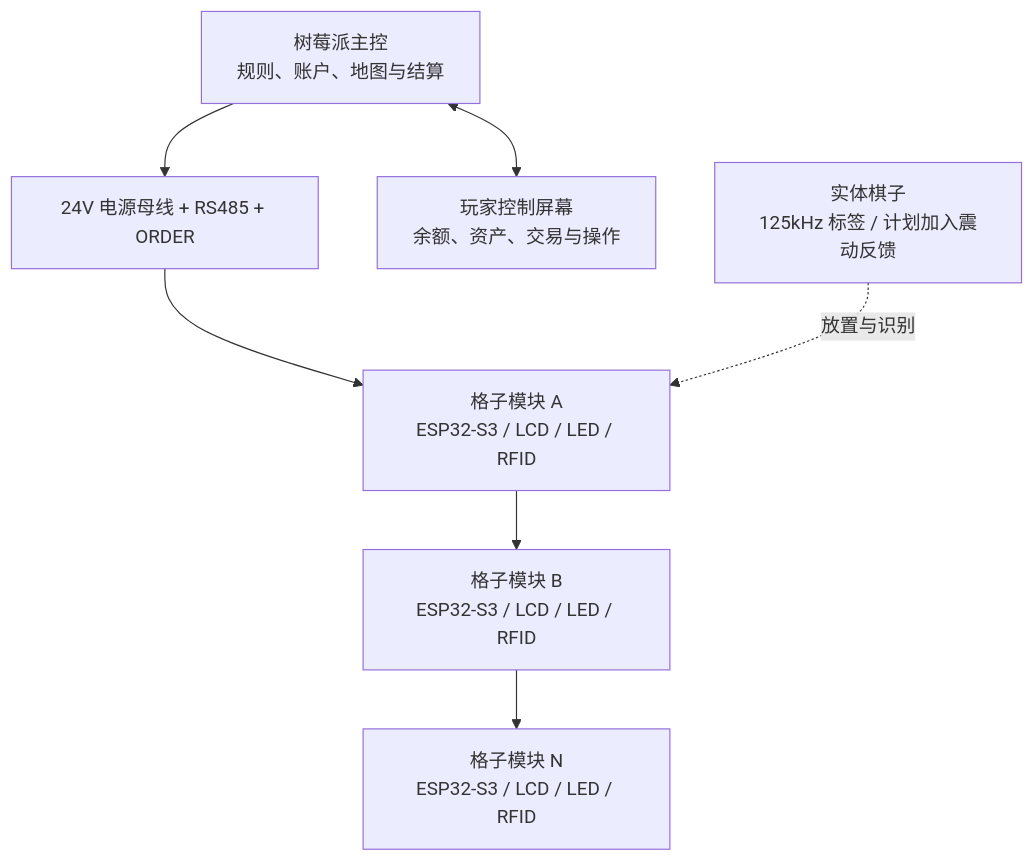
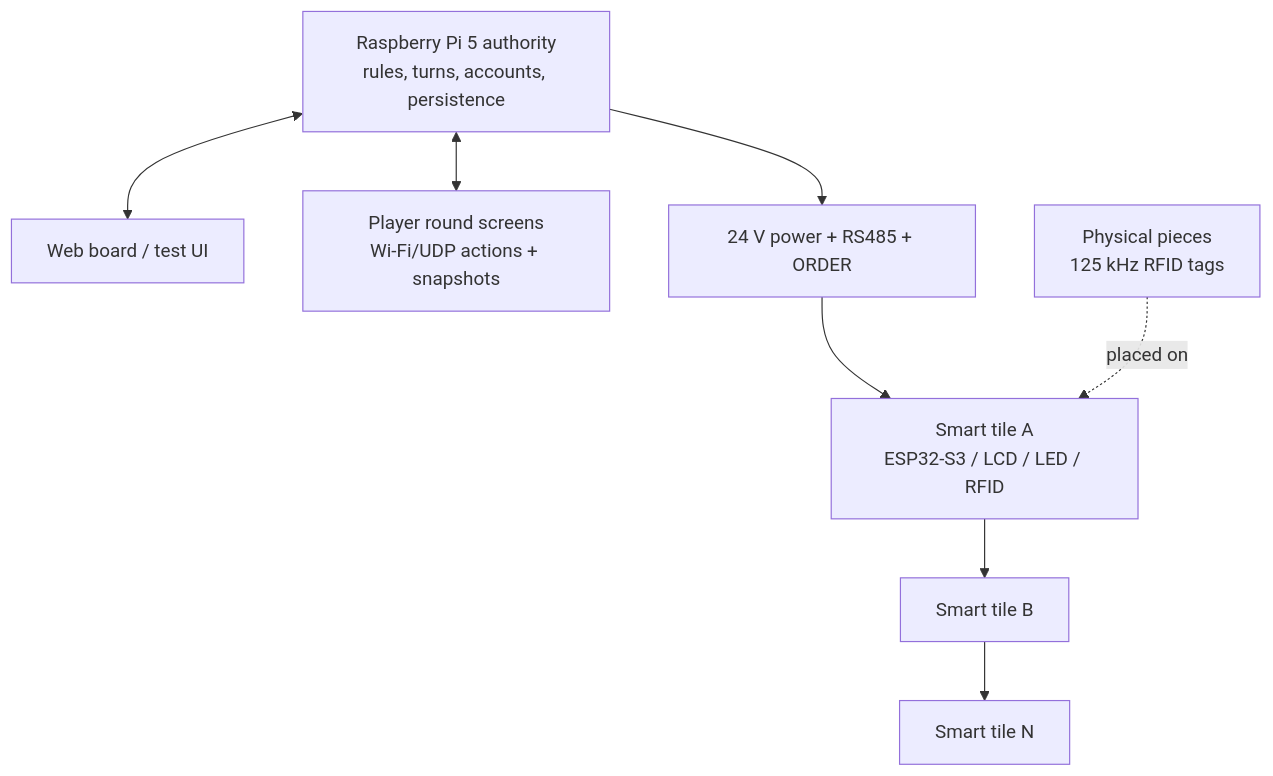
One commit to Ha22yX/Gridopoly changed the diagram in README.md. Above: the diagram before and after it, drawn with Mermaid. The commit also changed other lines of this file and 5 other files, not shown here.

````diff
--- a/README.md
+++ b/README.md
@@ -43,17 +76,19 @@
 ```mermaid
 flowchart TB
-    Pi["树莓派主控<br/>规则、账户、地图与结算"]
-    Bus["24V 电源母线 + RS485 + ORDER"]
-    TileA["格子模块 A<br/>ESP32-S3 / LCD / LED / RFID"]
-    TileB["格子模块 B<br/>ESP32-S3 / LCD / LED / RFID"]
-    TileN["格子模块 N<br/>ESP32-S3 / LCD / LED / RFID"]
-    Player["玩家控制屏幕<br/>余额、资产、交易与操作"]
-    Piece["实体棋子<br/>125kHz 标签 / 计划加入震动反馈"]
+    Pi["Raspberry Pi 5 authority<br/>rules, turns, accounts, persistence"]
+    Web["Web board / test UI"]
+    Console["Player round screens<br/>Wi-Fi/UDP actions + snapshots"]
+    Bus["24 V power + RS485 + ORDER"]
+    TileA["Smart tile A<br/>ESP32-S3 / LCD / LED / RFID"]
+    TileB["Smart tile B"]
+    TileN["Smart tile N"]
+    Piece["Physical pieces<br/>125 kHz RFID tags"]
 
+    Pi <--> Web
+    Pi <--> Console
     Pi --> Bus
     Bus --> TileA
     TileA --> TileB
     TileB --> TileN
-    Pi <--> Player
-    Piece -. 放置与识别 .-> TileA
+    Piece -. placed on .-> TileA
 ```
````
